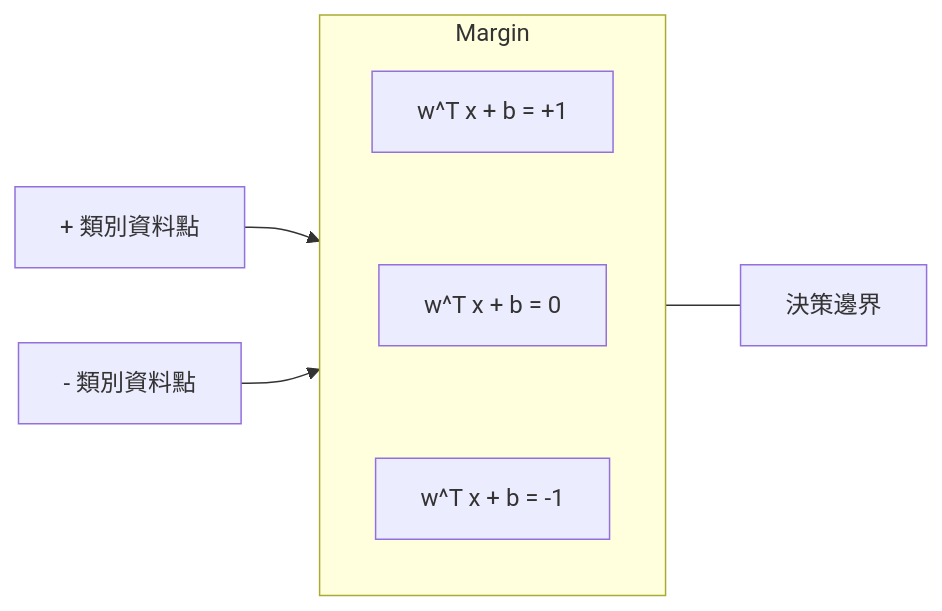
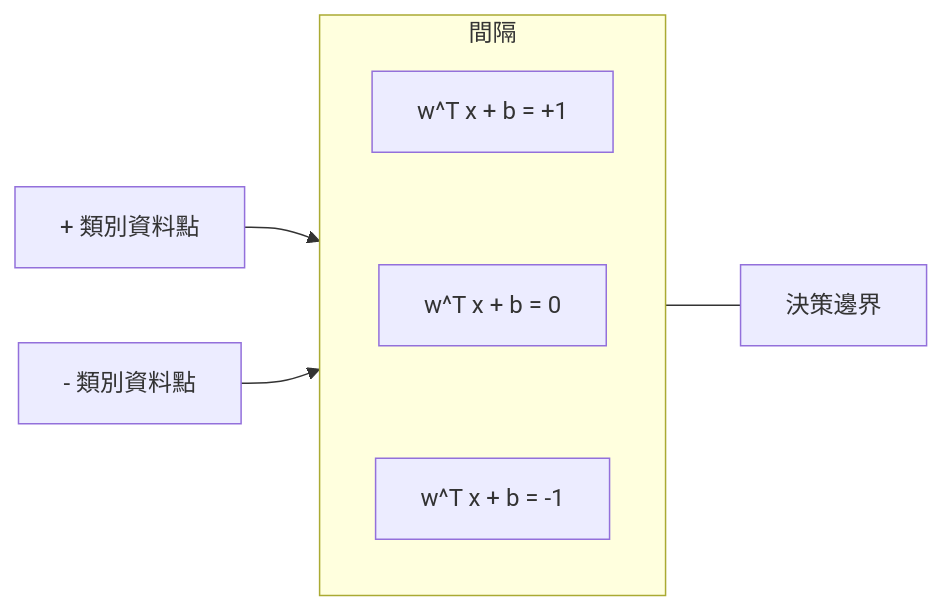
The first of 3 diagrams in i18n/zh-TW/phases/02-ml-fundamentals/05-support-vector-machines/docs/zh-TW.md (edward821220/ai-engineering-from-scratch), drawn with Mermaid before and after one commit. The commit also changed other lines of this file and 123 other files, not shown here.

````diff
--- a/i18n/zh-TW/phases/02-ml-fundamentals/05-support-vector-machines/docs/zh-TW.md
+++ b/i18n/zh-TW/phases/02-ml-fundamentals/05-support-vector-machines/docs/zh-TW.md
@@ -41,10 +41,10 @@
 ```mermaid
 graph LR
-    subgraph Margin
+    subgraph 間隔
         direction TB
         A["w^T x + b = +1"] ~~~ B["w^T x + b = 0"] ~~~ C["w^T x + b = -1"]
     end
     D["+ 類別資料點"] --> A
     E["- 類別資料點"] --> C
     B --- F["決策邊界"]
 ```
````
